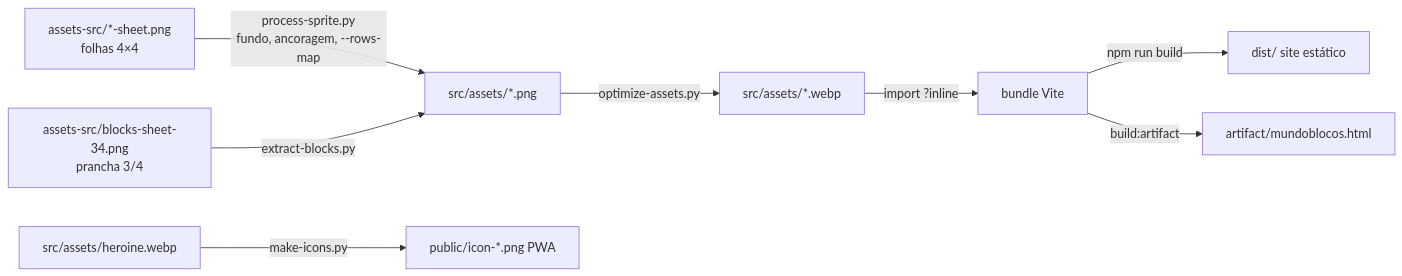
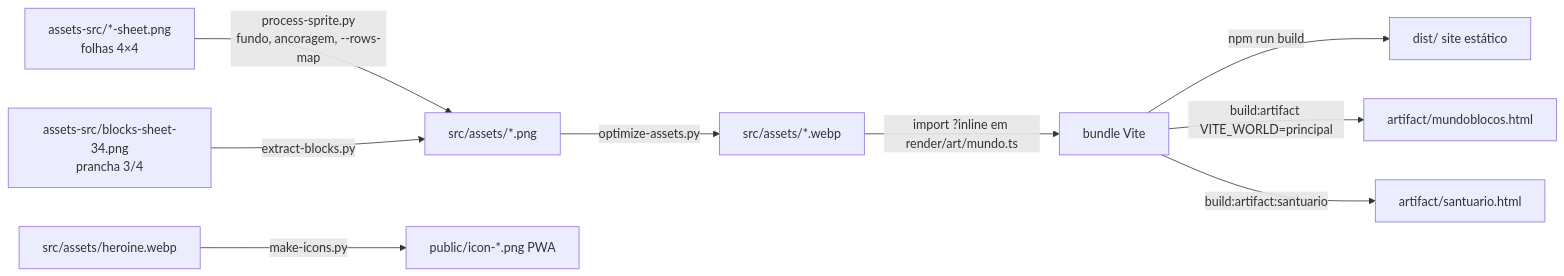
The seventh of 7 diagrams in docs/MAPS.md (maiam/mundoblocos-2d), drawn with Mermaid before and after one commit. The commit also changed other lines of this file and 44 other files, not shown here.

````diff
--- a/docs/MAPS.md
+++ b/docs/MAPS.md
@@ -124,10 +126,11 @@
 ```mermaid
 flowchart LR
   S1[assets-src/*-sheet.png<br/>folhas 4×4] -->|process-sprite.py<br/>fundo, ancoragem, --rows-map| P[src/assets/*.png]
   S2[assets-src/blocks-sheet-34.png<br/>prancha 3/4] -->|extract-blocks.py| P
   P -->|optimize-assets.py| WB[src/assets/*.webp]
-  WB -->|import ?inline| JS[bundle Vite]
+  WB -->|import ?inline em render/art/mundo.ts| JS[bundle Vite]
   JS -->|npm run build| D[dist/ site estático]
-  JS -->|build:artifact| A[artifact/mundoblocos.html]
+  JS -->|build:artifact VITE_WORLD=principal| A[artifact/mundoblocos.html]
+  JS -->|build:artifact:santuario| A2[artifact/santuario.html]
   P2[src/assets/heroine.webp] -->|make-icons.py| PW[public/icon-*.png PWA]
 ```
````
